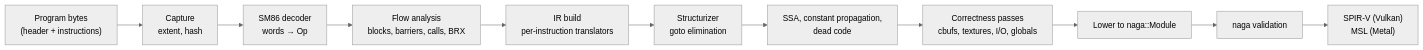
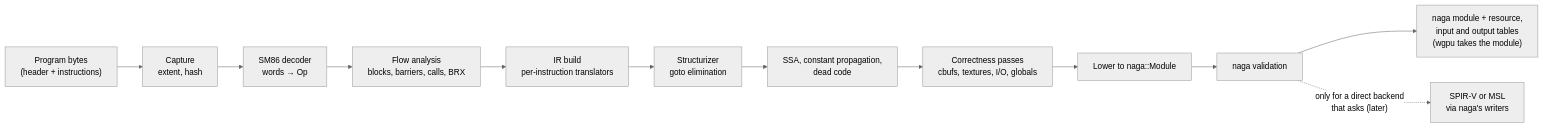
One commit to Syynth/starquake changed the diagram in docs/specs/shader-pipeline.md. Above: the diagram before and after it, drawn with Mermaid (neutral theme). The commit also changed other lines of this file, not shown here.

First line of the commit message:
docs(spec): apply the owner's graphics decisions to the shader pipeline draft

````diff
--- a/docs/specs/shader-pipeline.md
+++ b/docs/specs/shader-pipeline.md
@@ -167,13 +183,14 @@
 ```mermaid
 flowchart LR
     bytes["Program bytes<br/>(header + instructions)"] --> capture["Capture<br/>extent, hash"]
     capture --> decode["SM86 decoder<br/>words → Op"]
     decode --> flow["Flow analysis<br/>blocks, barriers, calls, BRX"]
     flow --> build["IR build<br/>per-instruction translators"]
     build --> struct["Structurizer<br/>goto elimination"]
     struct --> ssa["SSA, constant propagation,<br/>dead code"]
     ssa --> passes["Correctness passes<br/>cbufs, textures, I/O, globals"]
     passes --> lower["Lower to naga::Module"]
     lower --> valid["naga validation"]
-    valid --> out["SPIR-V (Vulkan)<br/>MSL (Metal)"]
+    valid --> out["naga module + resource,<br/>input and output tables<br/>(wgpu takes the module)"]
+    valid -.->|"only for a direct backend<br/>that asks (later)"| emit["SPIR-V or MSL<br/>via naga's writers"]
 ```
````
